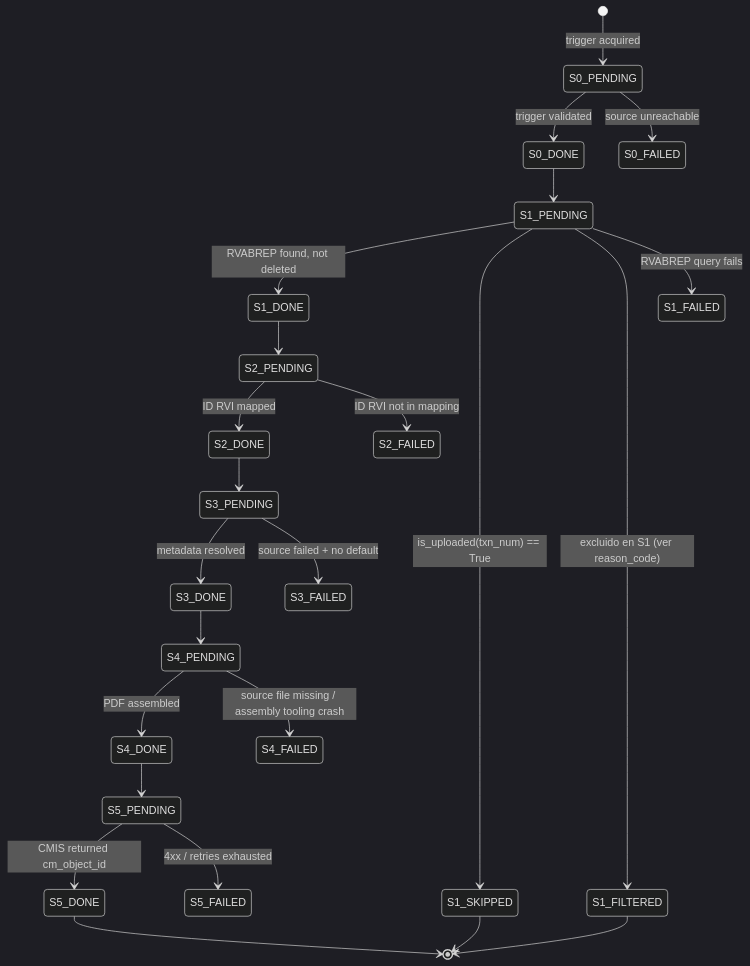
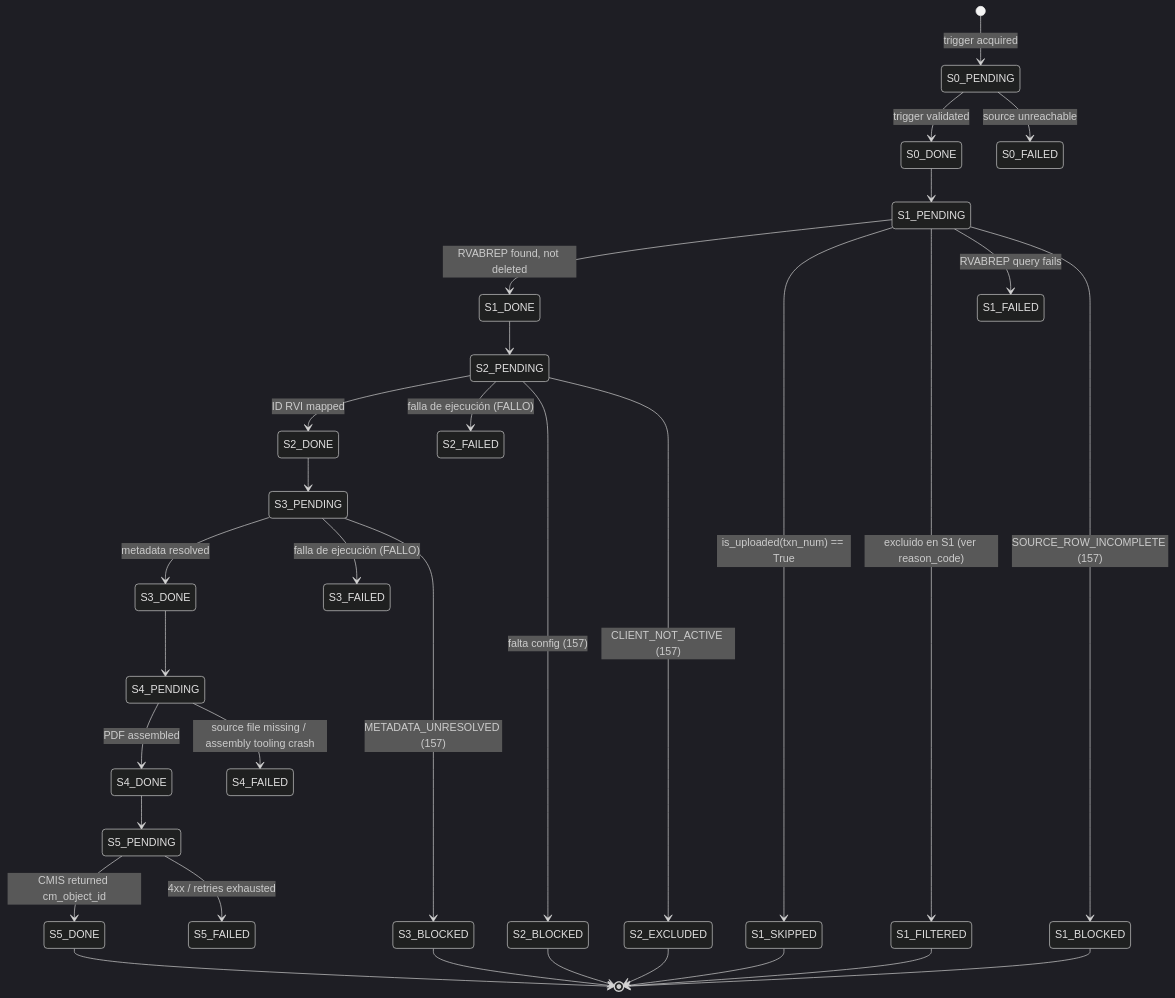
The first of 2 diagrams in docs/explanation/idempotency-and-retries.md (bitbreaker01/CMCourier), drawn with Mermaid (dark theme) before and after one commit. The commit also changed other lines of this file and 29 other files, not shown here.

````diff
--- a/docs/explanation/idempotency-and-retries.md
+++ b/docs/explanation/idempotency-and-retries.md
@@ -47,32 +47,40 @@
 ```mermaid
 stateDiagram-v2
     [*] --> S0_PENDING: trigger acquired
     S0_PENDING --> S0_DONE: trigger validated
     S0_PENDING --> S0_FAILED: source unreachable
 
     S0_DONE --> S1_PENDING
     S1_PENDING --> S1_DONE: RVABREP found, not deleted
     S1_PENDING --> S1_SKIPPED: is_uploaded(txn_num) == True
     S1_PENDING --> S1_FILTERED: excluido en S1 (ver reason_code)
     S1_PENDING --> S1_FAILED: RVABREP query fails
 
+    S1_PENDING --> S1_BLOCKED: SOURCE_ROW_INCOMPLETE (157)
     S1_DONE --> S2_PENDING
     S2_PENDING --> S2_DONE: ID RVI mapped
-    S2_PENDING --> S2_FAILED: ID RVI not in mapping
+    S2_PENDING --> S2_FAILED: falla de ejecución (FALLO)
+    S2_PENDING --> S2_BLOCKED: falta config (157)
+    S2_PENDING --> S2_EXCLUDED: CLIENT_NOT_ACTIVE (157)
 
     S2_DONE --> S3_PENDING
     S3_PENDING --> S3_DONE: metadata resolved
-    S3_PENDING --> S3_FAILED: source failed + no default
+    S3_PENDING --> S3_FAILED: falla de ejecución (FALLO)
+    S3_PENDING --> S3_BLOCKED: METADATA_UNRESOLVED (157)
 
     S3_DONE --> S4_PENDING
     S4_PENDING --> S4_DONE: PDF assembled
     S4_PENDING --> S4_FAILED: source file missing / assembly tooling crash
 
     S4_DONE --> S5_PENDING
     S5_PENDING --> S5_DONE: CMIS returned cm_object_id
     S5_PENDING --> S5_FAILED: 4xx / retries exhausted
 
     S5_DONE --> [*]
     S1_SKIPPED --> [*]
     S1_FILTERED --> [*]
+    S1_BLOCKED --> [*]
+    S2_BLOCKED --> [*]
+    S2_EXCLUDED --> [*]
+    S3_BLOCKED --> [*]
 ```
````
